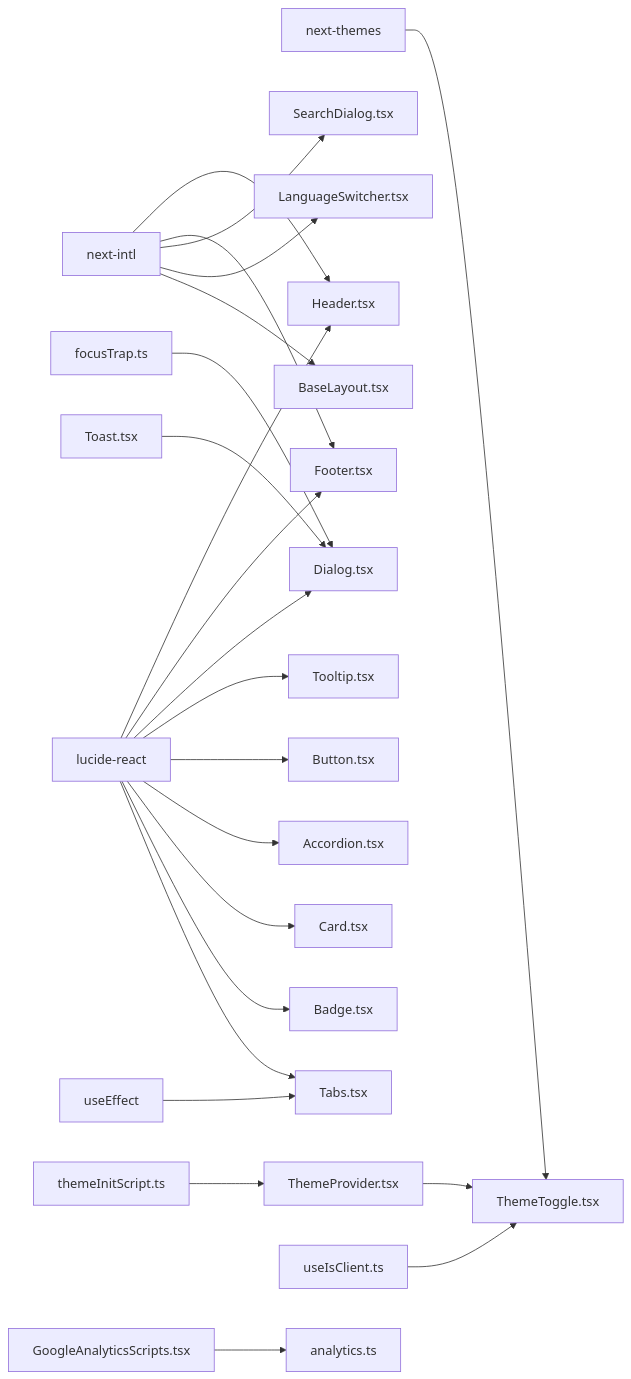
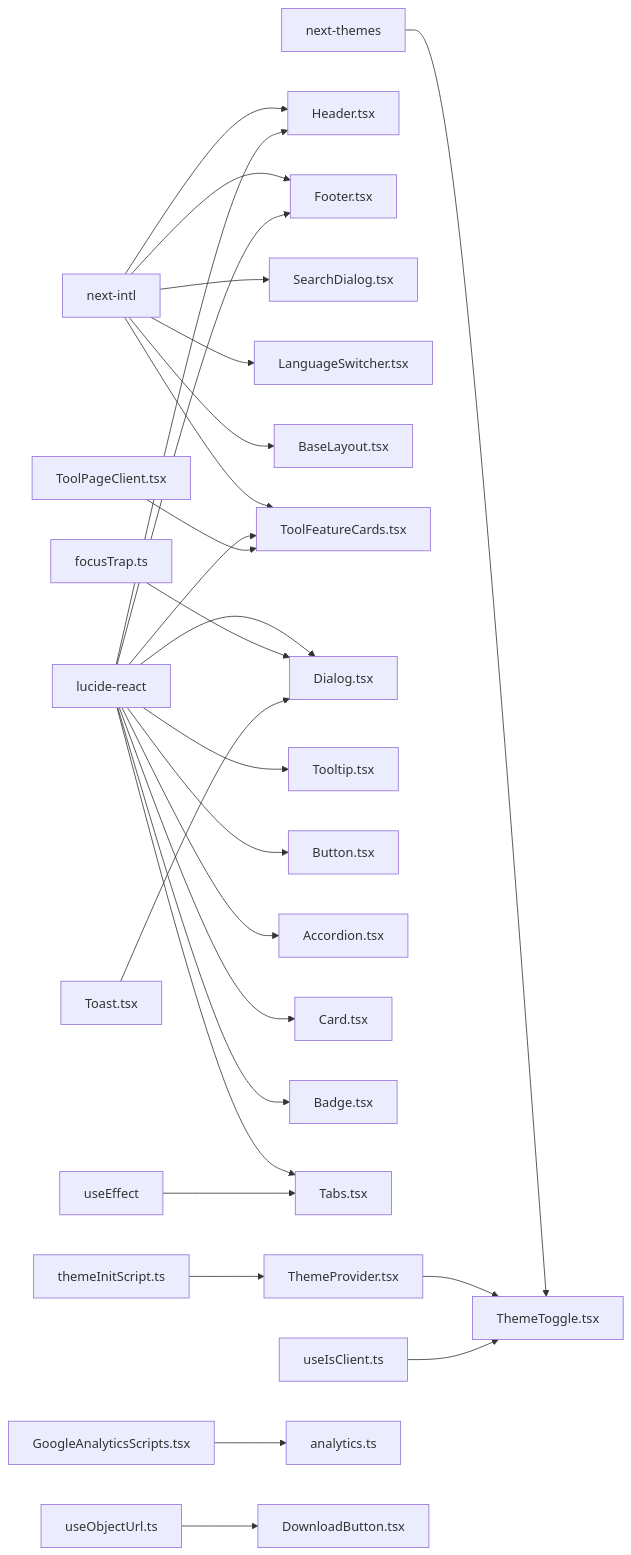
Diagram 12 of 12 in .qoder/repowiki/zh/content/UI组件系统/UI组件系统.md (sgyy/privadeck), drawn with Mermaid before and after one commit. The commit also changed other lines of this file and 4 other files, not shown here.

````diff
--- a/.qoder/repowiki/zh/content/UI组件系统/UI组件系统.md
+++ b/.qoder/repowiki/zh/content/UI组件系统/UI组件系统.md
@@ -869,25 +1008,29 @@
 ```mermaid
 graph LR
 NTP["next-themes"] --> TMT["ThemeToggle.tsx"]
 NTL["next-intl"] --> HDR["Header.tsx"]
 NTL --> FTR["Footer.tsx"]
 NTL --> SDI["SearchDialog.tsx"]
 NTL --> LSW["LanguageSwitcher.tsx"]
 NTL --> BL["BaseLayout.tsx"]
+NTL --> TFC["ToolFeatureCards.tsx"]
 LCR["lucide-react"] --> HDR
 LCR --> FTR
 LCR --> DLG["Dialog.tsx"]
 LCR --> TTP["Tooltip.tsx"]
 LCR --> BTN["Button.tsx"]
 LCR --> ACC["Accordion.tsx"]
 LCR --> CAR["Card.tsx"]
 LCR --> BAD["Badge.tsx"]
 LCR --> TAB["Tabs.tsx"]
+LCR --> TFC
 FT["focusTrap.ts"] --> DLG
 TST["Toast.tsx"] --> DLG
 TPR["ThemeProvider.tsx"] --> TMT
 TIS["themeInitScript.ts"] --> TPR
 UIC["useIsClient.ts"] --> TMT
 GAS["GoogleAnalyticsScripts.tsx"] --> ANL["analytics.ts"]
+UOU["useObjectUrl.ts"] --> DNB["DownloadButton.tsx"]
+TPC["ToolPageClient.tsx"] --> TFC
 UE["useEffect"] --> TAB
 ```
````
